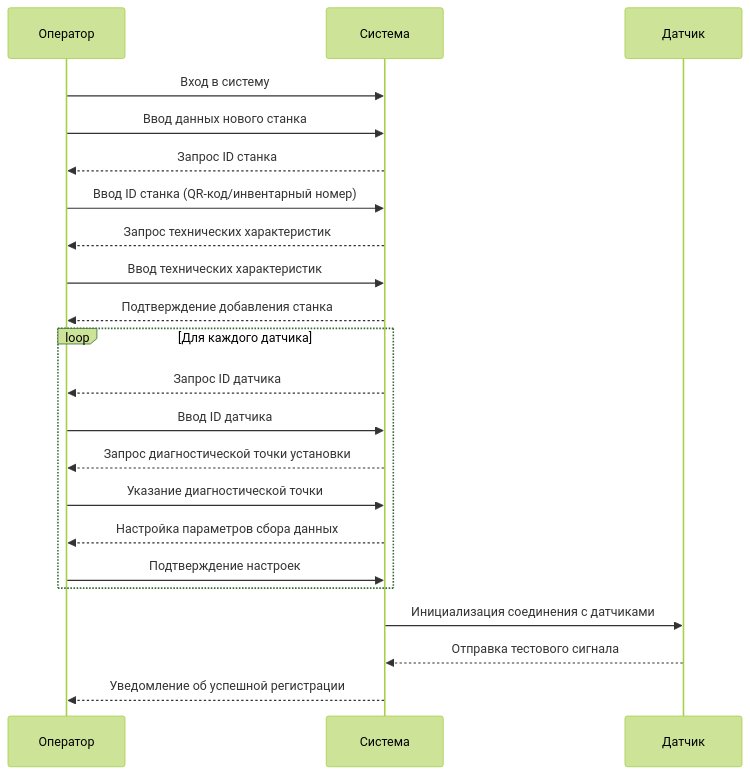
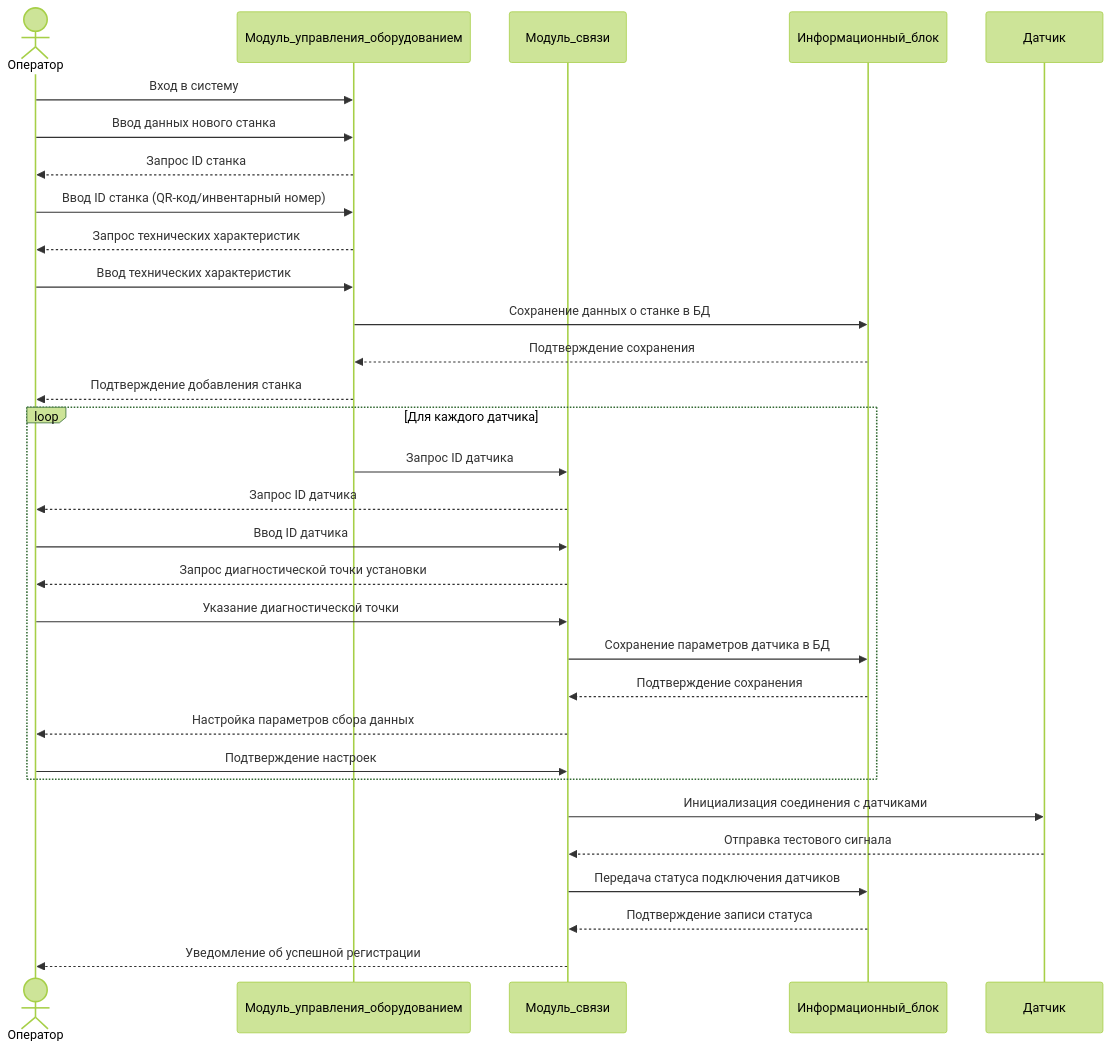
The diagram in SequenceDiagrams/operator.md (zonkytm/diploma-architecture), drawn with Mermaid (forest theme) before and after one commit. The commit also changed 2 other files, not shown here.

Commit message:
Доработка схем разделение на микросервисы

````diff
--- a/SequenceDiagrams/operator.md
+++ b/SequenceDiagrams/operator.md
@@ -2,27 +2,39 @@
 ```mermaid
 sequenceDiagram
-    participant Operator as Оператор
-    participant System as Система
+    actor Operator as Оператор
+    participant EquipmentService as Модуль_управления_оборудованием
+    participant SensorService as Модуль_связи
+    participant InfoBlock as Информационный_блок
     participant Sensor as Датчик
 
-    Operator->>System: Вход в систему
-    Operator->>System: Ввод данных нового станка
-    System-->>Operator: Запрос ID станка
-    Operator->>System: Ввод ID станка (QR-код/инвентарный номер)
-    System-->>Operator: Запрос технических характеристик
-    Operator->>System: Ввод технических характеристик
-    System-->>Operator: Подтверждение добавления станка
+    %% Вход в систему и ввод данных нового станка
+    Operator->>EquipmentService: Вход в систему
+    Operator->>EquipmentService: Ввод данных нового станка
+    EquipmentService-->>Operator: Запрос ID станка
+    Operator->>EquipmentService: Ввод ID станка (QR-код/инвентарный номер)
+    EquipmentService-->>Operator: Запрос технических характеристик
+    Operator->>EquipmentService: Ввод технических характеристик
+    EquipmentService->>InfoBlock: Сохранение данных о станке в БД
+    InfoBlock-->>EquipmentService: Подтверждение сохранения
+    EquipmentService-->>Operator: Подтверждение добавления станка
 
+    %% Настройка датчиков для нового станка
     loop Для каждого датчика
-        System-->>Operator: Запрос ID датчика
-        Operator->>System: Ввод ID датчика
-        System-->>Operator: Запрос диагностической точки установки
-        Operator->>System: Указание диагностической точки
-        System-->>Operator: Настройка параметров сбора данных
-        Operator->>System: Подтверждение настроек
+        EquipmentService->>SensorService: Запрос ID датчика
+        SensorService-->>Operator: Запрос ID датчика
+        Operator->>SensorService: Ввод ID датчика
+        SensorService-->>Operator: Запрос диагностической точки установки
+        Operator->>SensorService: Указание диагностической точки
+        SensorService->>InfoBlock: Сохранение параметров датчика в БД
+        InfoBlock-->>SensorService: Подтверждение сохранения
+        SensorService-->>Operator: Настройка параметров сбора данных
+        Operator->>SensorService: Подтверждение настроек
     end
 
-    System->>Sensor: Инициализация соединения с датчиками
-    Sensor-->>System: Отправка тестового сигнала
-    System-->>Operator: Уведомление об успешной регистрации
+    %% Инициализация соединения с датчиками
+    SensorService->>Sensor: Инициализация соединения с датчиками
+    Sensor-->>SensorService: Отправка тестового сигнала
+    SensorService->>InfoBlock: Передача статуса подключения датчиков
+    InfoBlock-->>SensorService: Подтверждение записи статуса
+    SensorService-->>Operator: Уведомление об успешной регистрации
 ```
````
